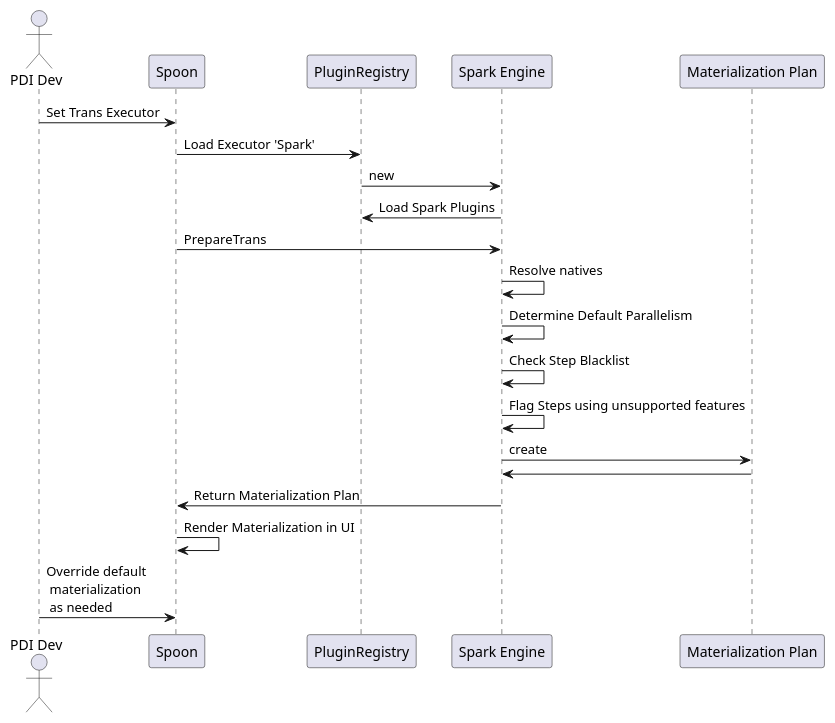
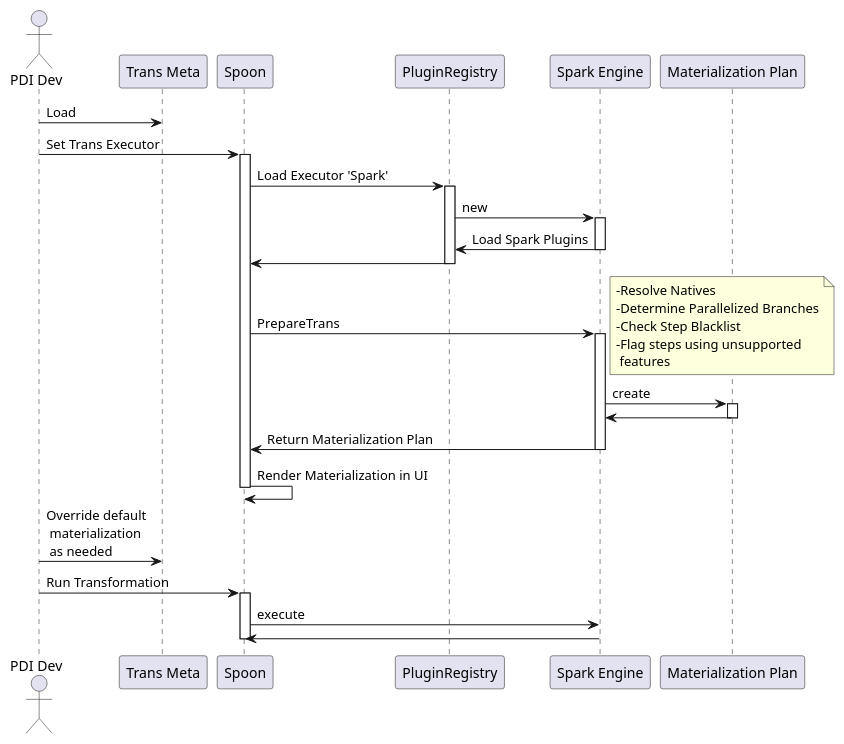
Before and after one commit to pentaho-nbaker/dataflow: the first of 2 diagrams in transRun.puml, drawn with PlantUML. The commit also changed other lines of this file and 7 other files, not shown here.

```diff
--- a/transRun.puml
+++ b/transRun.puml
@@ -1,19 +1,35 @@
 @startuml
 
 actor "PDI Dev"
+"PDI Dev" -> "Trans Meta": Load
 "PDI Dev" -> Spoon: Set Trans Executor
+    activate Spoon
 Spoon -> PluginRegistry: Load Executor 'Spark'
+    activate PluginRegistry
 PluginRegistry -> "Spark Engine":new
+    activate "Spark Engine"
 "Spark Engine" -> PluginRegistry: Load Spark Plugins
+    deactivate "Spark Engine"
+PluginRegistry -> Spoon
+    deactivate PluginRegistry
 Spoon -> "Spark Engine": PrepareTrans
-"Spark Engine" -> "Spark Engine": Resolve natives
-"Spark Engine" -> "Spark Engine": Determine Default Parallelism
-"Spark Engine" -> "Spark Engine": Check Step Blacklist
-"Spark Engine" -> "Spark Engine": Flag Steps using unsupported features
+    activate "Spark Engine"
+note right: -Resolve Natives\n-Determine Parallelized Branches\n-Check Step Blacklist\n-Flag steps using unsupported \n features
+
+
 "Spark Engine" -> "Materialization Plan": create
+    activate "Materialization Plan"
 "Spark Engine" <- "Materialization Plan"
+    deactivate "Materialization Plan"
 "Spark Engine" -> "Spoon": Return Materialization Plan
+    deactivate "Spark Engine"
 Spoon -> Spoon: Render Materialization in UI
-"PDI Dev" -> Spoon: Override default\n materialization\n as needed
+    deactivate Spoon
+"PDI Dev" -> "Trans Meta": Override default\n materialization\n as needed
+"PDI Dev" -> Spoon: Run Transformation
+    activate Spoon
+Spoon -> "Spark Engine": execute
+Spoon <- "Spark Engine"
+    deactivate Spoon
 
 @enduml
```
